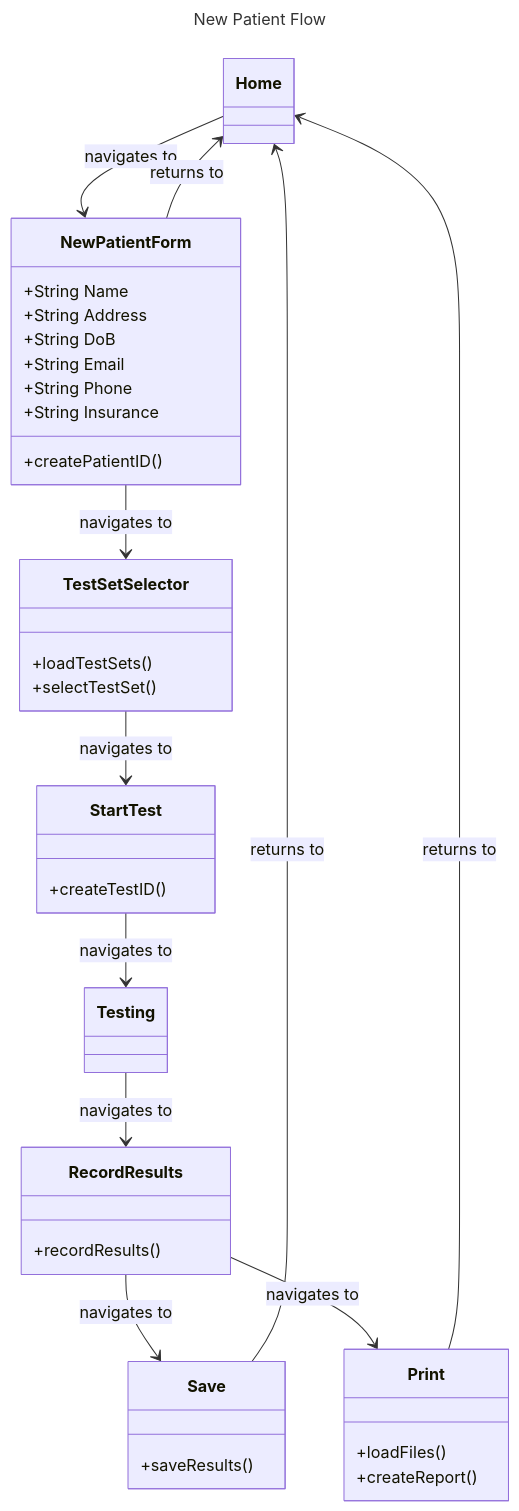
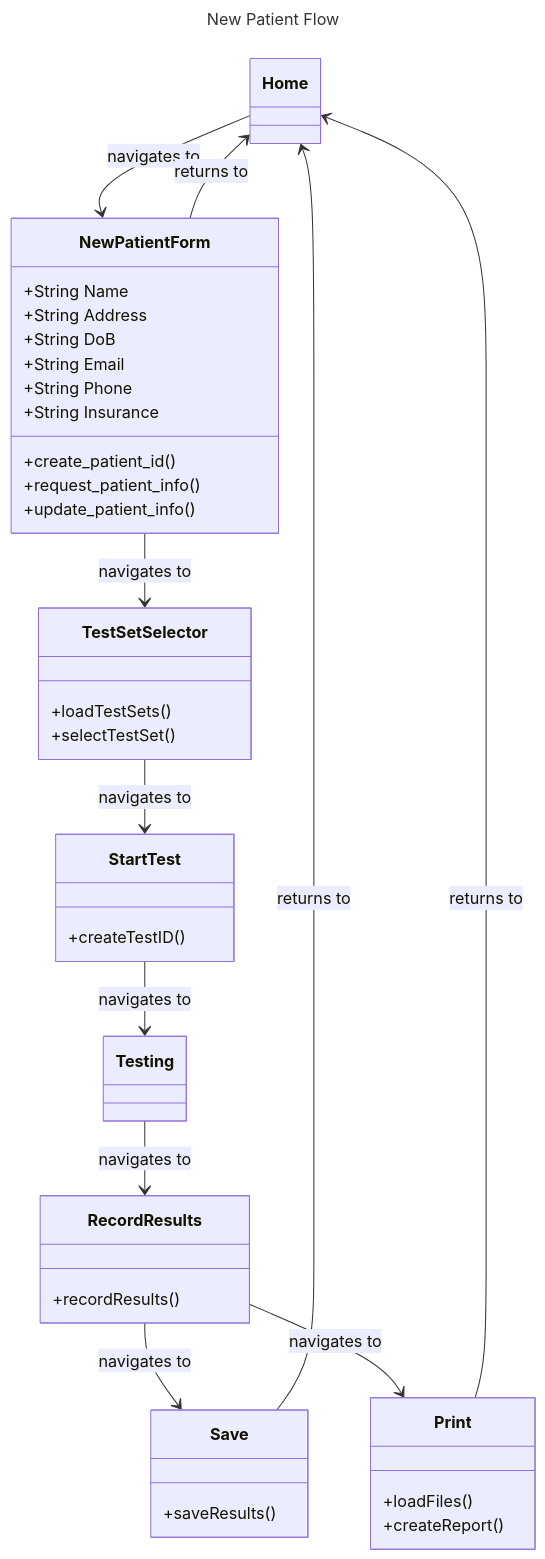
Before and after one commit to Stainless5166/spt-reporting: the diagram in Doc/NewPatientFlow.md, drawn with Mermaid. The commit also changed 13 other files, not shown here.

````diff
--- a/Doc/NewPatientFlow.md
+++ b/Doc/NewPatientFlow.md
@@ -9,47 +9,49 @@
 ``` mermaid
 ---
 title: New Patient Flow
 ---
 
 classDiagram
     Home --> NewPatientForm : navigates to
     NewPatientForm --> Home : returns to
     NewPatientForm --> TestSetSelector : navigates to
     TestSetSelector --> StartTest : navigates to
     StartTest --> Testing : navigates to
     Testing --> RecordResults : navigates to
     RecordResults --> Save : navigates to
     Save --> Home : returns to
     RecordResults --> Print : navigates to
     Print --> Home : returns to
     class Home {
     }
     class NewPatientForm {
         +String Name
         +String Address
         +String DoB
         +String Email
         +String Phone
         +String Insurance
-        +createPatientID()
+        +create_patient_id()
+        +request_patient_info()
+        +update_patient_info()
     }
     class TestSetSelector {
         +loadTestSets()
         +selectTestSet()
     }
     class StartTest {
         +createTestID()
     }
     class Testing {
     }
     class RecordResults {
         +recordResults()
     }
     class Save {
         +saveResults()
     }
     class Print {
         +loadFiles()
         +createReport()
     }
 ```
````
